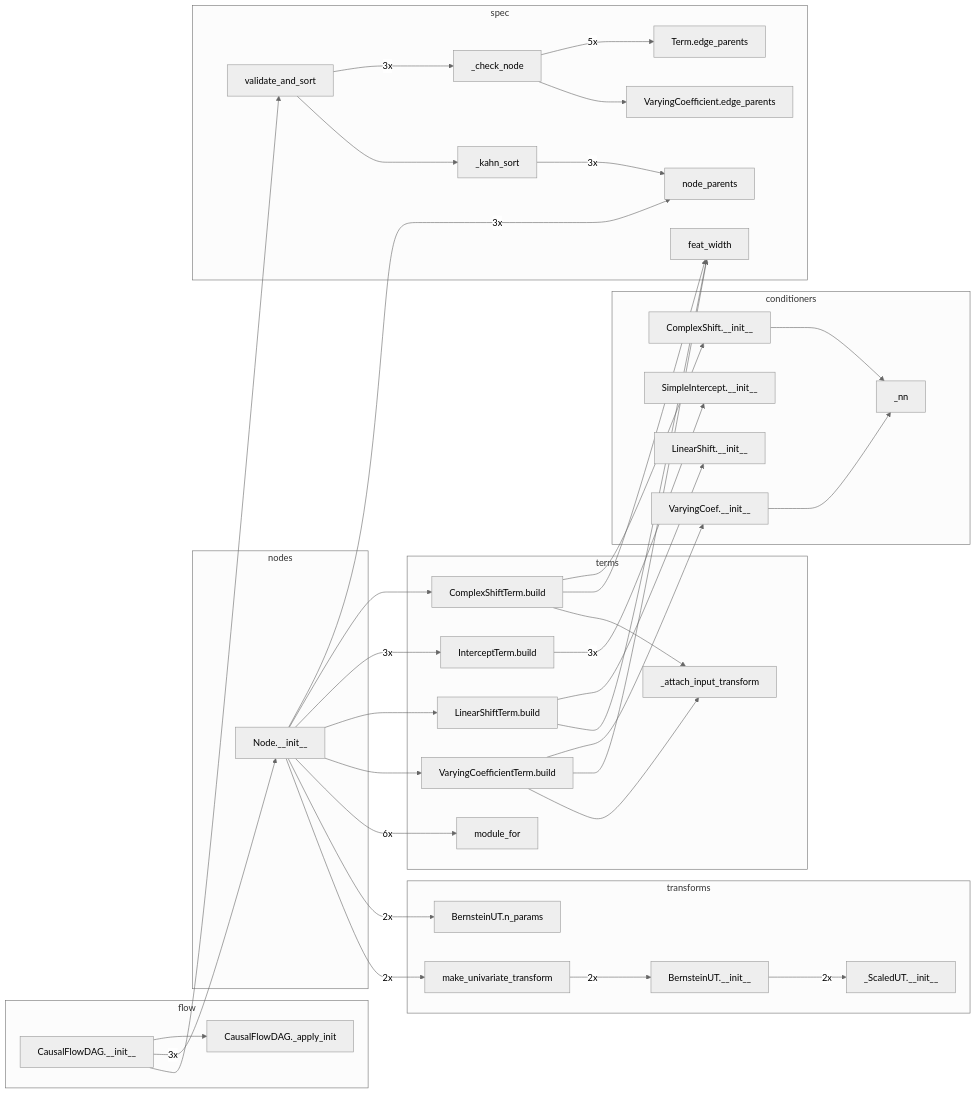
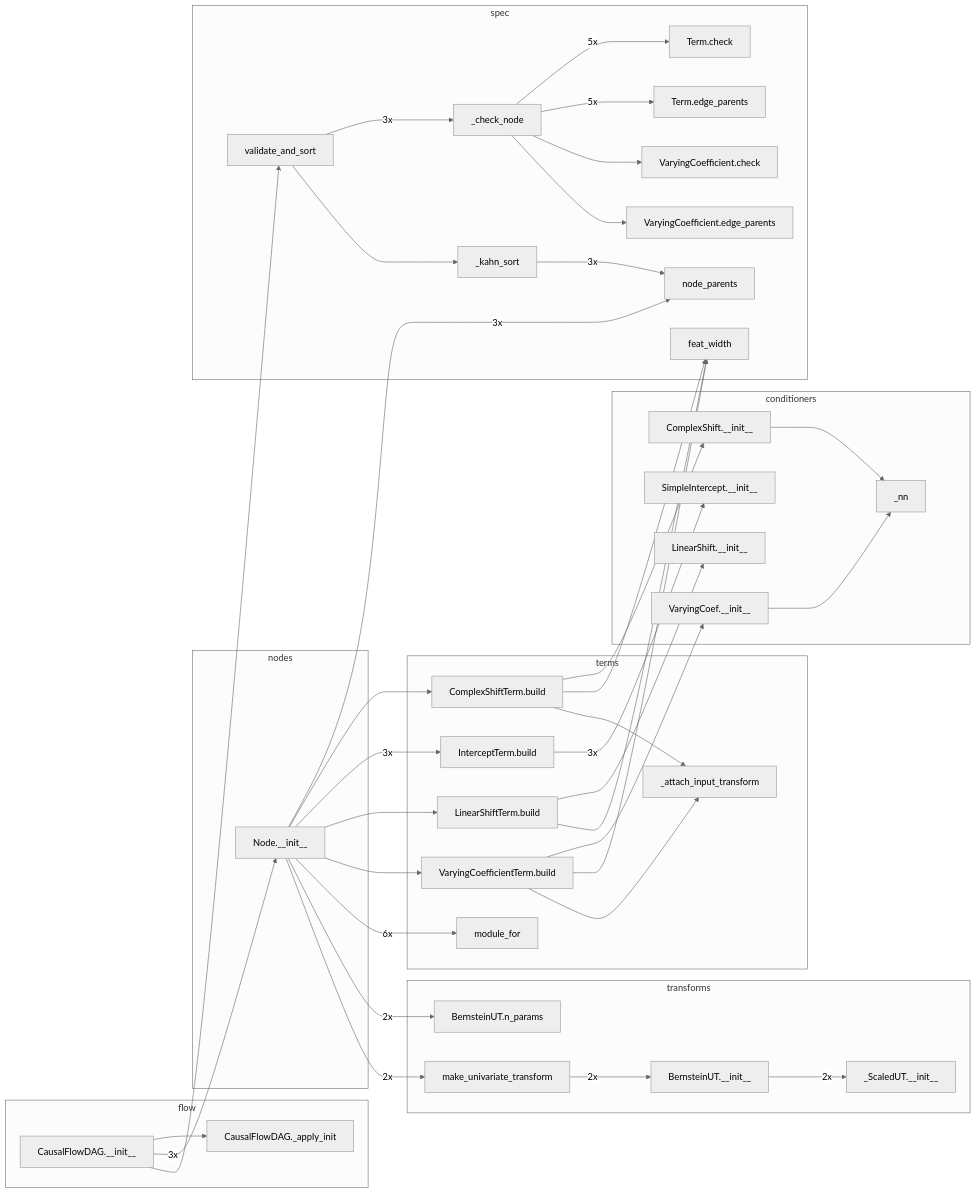
The fifth of 6 diagrams in docs/architecture.md (tensorchiefs/tramdag), drawn with Mermaid (neutral theme) before and after one commit. The commit also changed 4 other files, not shown here.

First line of the commit message:
refactor(spec): a term's spec checks and its edge ownership are two things

````diff
--- a/docs/architecture.md
+++ b/docs/architecture.md
@@ -323,69 +323,73 @@
 ```mermaid
 flowchart LR
   subgraph conditioners
     n0["ComplexShift.__init__"]
-    n22["LinearShift.__init__"]
-    n21["SimpleIntercept.__init__"]
+    n24["LinearShift.__init__"]
+    n23["SimpleIntercept.__init__"]
     n2["VaryingCoef.__init__"]
     n1["_nn"]
   end
   subgraph flow
     n3["CausalFlowDAG.__init__"]
     n4["CausalFlowDAG._apply_init"]
   end
   subgraph nodes
     n5["Node.__init__"]
   end
   subgraph spec
-    n16["Term.edge_parents"]
-    n17["VaryingCoefficient.edge_parents"]
+    n16["Term.check"]
+    n17["Term.edge_parents"]
+    n18["VaryingCoefficient.check"]
+    n19["VaryingCoefficient.edge_parents"]
     n15["_check_node"]
-    n18["_kahn_sort"]
-    n19["feat_width"]
+    n20["_kahn_sort"]
+    n21["feat_width"]
     n7["node_parents"]
     n6["validate_and_sort"]
   end
   subgraph terms
     n8["ComplexShiftTerm.build"]
     n9["InterceptTerm.build"]
     n10["LinearShiftTerm.build"]
     n11["VaryingCoefficientTerm.build"]
-    n20["_attach_input_transform"]
+    n22["_attach_input_transform"]
     n12["module_for"]
   end
   subgraph transforms
-    n23["BernsteinUT.__init__"]
+    n25["BernsteinUT.__init__"]
     n13["BernsteinUT.n_params"]
-    n24["_ScaledUT.__init__"]
+    n26["_ScaledUT.__init__"]
     n14["make_univariate_transform"]
   end
     n0 --> n1
     n2 --> n1
     n3 --> n4
     n3 -- "3x" --> n5
     n3 --> n6
     n5 -- "3x" --> n7
     n5 --> n8
     n5 -- "3x" --> n9
     n5 --> n10
     n5 --> n11
     n5 -- "6x" --> n12
     n5 -- "2x" --> n13
     n5 -- "2x" --> n14
     n15 -- "5x" --> n16
-    n15 --> n17
-    n18 -- "3x" --> n7
+    n15 -- "5x" --> n17
+    n15 --> n18
+    n15 --> n19
+    n20 -- "3x" --> n7
     n6 -- "3x" --> n15
-    n6 --> n18
+    n6 --> n20
     n8 --> n0
-    n8 --> n19
-    n8 --> n20
-    n9 -- "3x" --> n21
-    n10 --> n22
-    n10 --> n19
+    n8 --> n21
+    n8 --> n22
+    n9 -- "3x" --> n23
+    n10 --> n24
+    n10 --> n21
     n11 --> n2
-    n11 --> n19
-    n11 --> n20
-    n23 -- "2x" --> n24
-    n14 -- "2x" --> n23
+    n11 --> n21
+    n11 --> n22
+    n25 -- "2x" --> n26
+    n14 -- "2x" --> n25
 ```
````
